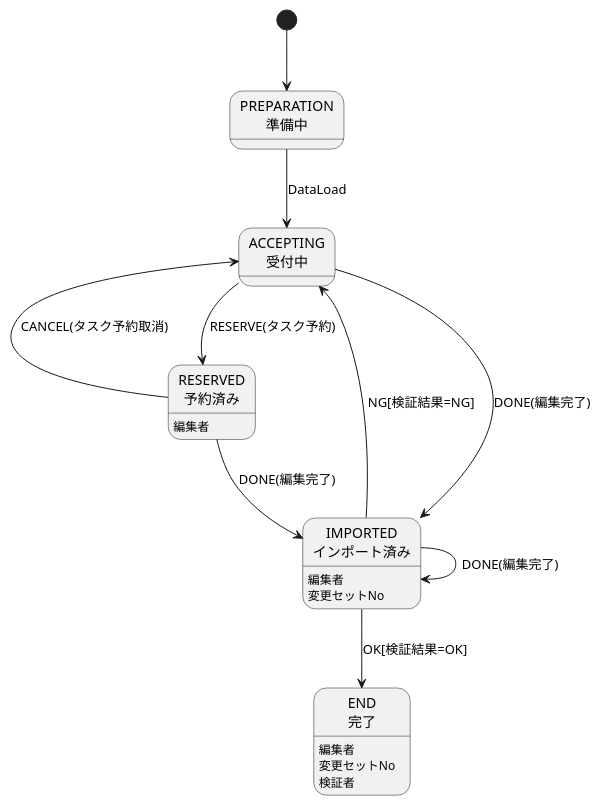
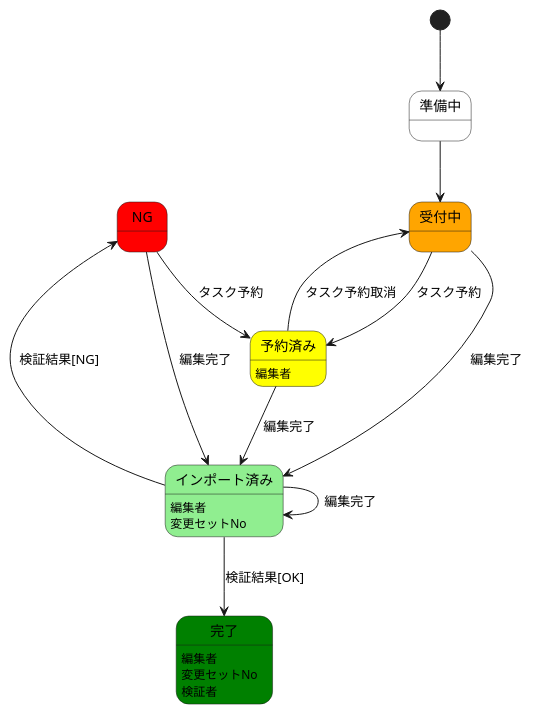
One commit to yuuhayashi/task-bldg changed the diagram in TaskStatus.pu. Above: the diagram before and after it, drawn with PlantUML. The commit also changed 2 other files, not shown here.

Commit message:
状態遷移図に色を付けた

```diff
--- a/TaskStatus.pu
+++ b/TaskStatus.pu
@@ -1,34 +1,40 @@
 @startuml
 
-[*] --> PREPARATION
-PREPARATION --> ACCEPTING : DataLoad
-ACCEPTING --> RESERVED	: RESERVE(タスク予約)
-ACCEPTING --> IMPORTED	: DONE(編集完了) 
-RESERVED --> IMPORTED	: DONE(編集完了) 
-IMPORTED --> IMPORTED	: DONE(編集完了) 
-ACCEPTING <-- RESERVED	: CANCEL(タスク予約取消)
-
-IMPORTED --> END	: OK[検証結果=OK]
-ACCEPTING <-- IMPORTED : NG[検証結果=NG]
-
-state "PREPARATION\n準備中" as PREPARATION {
+state "準備中" as PREPARATION #FFFFFF {
 }
 
-state "ACCEPTING\n受付中" as ACCEPTING {
+state "受付中" as ACCEPTING #orange {
 }
 
-state "RESERVED\n予約済み" as RESERVED {
+state "NG" as NG #red {
+}
+
+state "予約済み" as RESERVED #yellow {
 	RESERVED : 編集者
 }
 
-state "IMPORTED\nインポート済み" as IMPORTED {
+state "インポート済み" as IMPORTED #lightgreen {
 	IMPORTED : 編集者
 	IMPORTED : 変更セットNo
 }
 
-state "END\n完了" as END {
+state "完了" as END #green {
 	END : 編集者
 	END : 変更セットNo
 	END : 検証者
 }
+
+[*] --> PREPARATION
+PREPARATION --> ACCEPTING
+ACCEPTING --> RESERVED	: タスク予約
+NG --> RESERVED	: タスク予約
+ACCEPTING --> IMPORTED	: 編集完了
+NG --> IMPORTED	: 編集完了
+RESERVED --> IMPORTED	: 編集完了
+IMPORTED --> IMPORTED	: 編集完了
+ACCEPTING <- RESERVED	: タスク予約取消
+
+IMPORTED --> END	: 検証結果[OK]
+NG <- IMPORTED		: 検証結果[NG]
+
 @enduml
```
